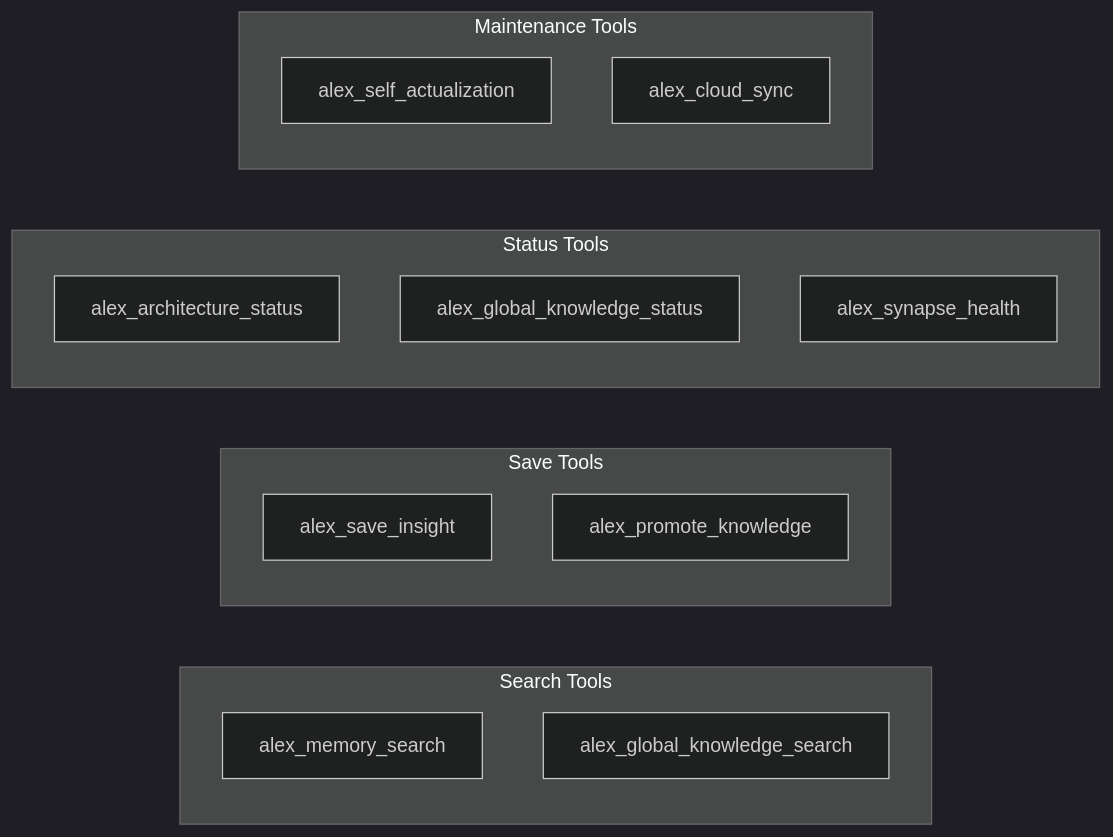
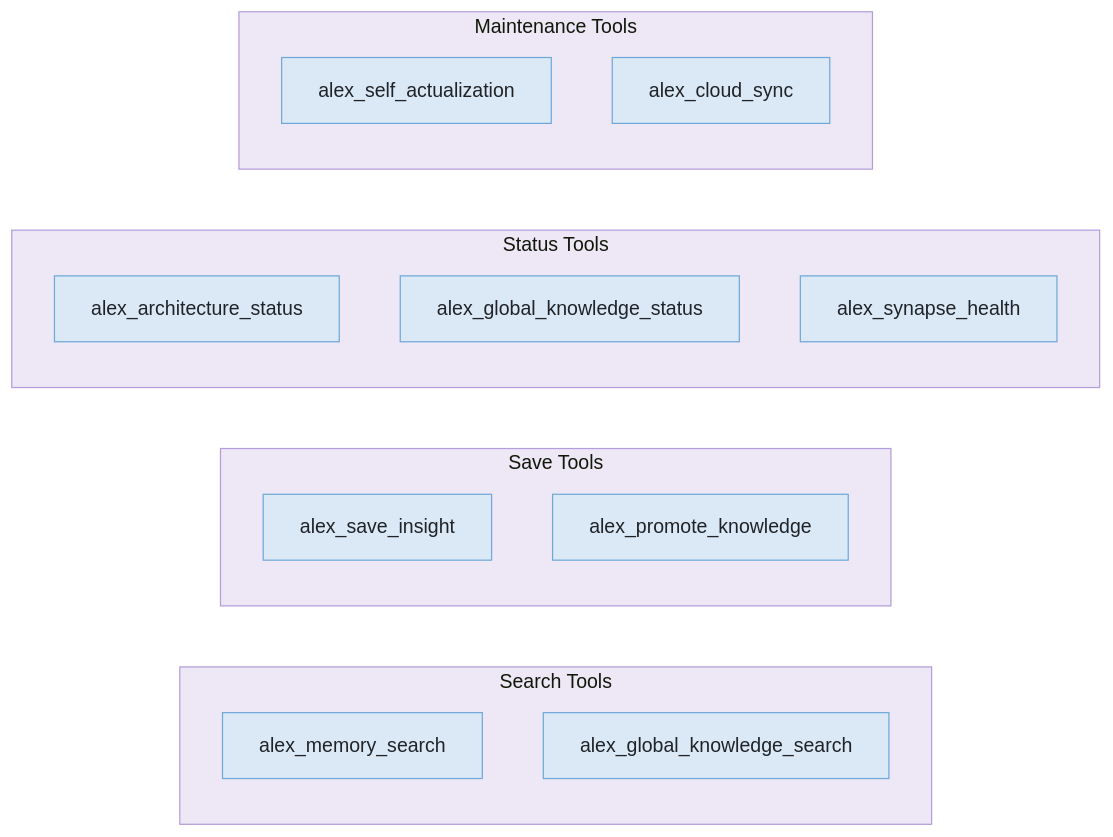
Before and after one commit to fabioc-aloha/Alex_Plug_In: the third of 4 diagrams in alex_docs/architecture/CONSCIOUS-MIND.md, drawn with Mermaid. The commit also changed other lines of this file and 307 other files, not shown here.

````diff
--- a/alex_docs/architecture/CONSCIOUS-MIND.md
+++ b/alex_docs/architecture/CONSCIOUS-MIND.md
@@ -166,24 +166,24 @@
 ```mermaid
-%%{init: {'theme': 'dark', 'themeVariables': {'background': '#0f172a', 'primaryColor': '#1e293b', 'primaryTextColor': '#f1f5f9', 'primaryBorderColor': '#818cf8', 'lineColor': '#475569', 'secondaryColor': '#1e293b', 'secondaryBorderColor': '#2dd4bf', 'tertiaryColor': '#1e293b', 'fontFamily': 'Segoe UI, system-ui, sans-serif'}}}%%
+%%{init: {'theme': 'base', 'themeVariables': {'background': '#f8f9fa', 'primaryColor': '#dbe9f6', 'primaryTextColor': '#1f2328', 'primaryBorderColor': '#6ea8d9', 'lineColor': '#6b7280', 'secondaryColor': '#d1f5ef', 'secondaryBorderColor': '#5ab5a0', 'tertiaryColor': '#ede7f6', 'tertiaryBorderColor': '#b39ddb', 'edgeLabelBackground': '#ffffff', 'fontFamily': 'Segoe UI, system-ui, sans-serif'}}}%%
 graph LR
     subgraph "Search Tools"
         MEM[alex_memory_search]
         GKS[alex_global_knowledge_search]
     end
 
     subgraph "Save Tools"
         SAVE[alex_save_insight]
         PROM[alex_promote_knowledge]
     end
 
     subgraph "Status Tools"
         STAT[alex_architecture_status]
         GKST[alex_global_knowledge_status]
         HLTH[alex_synapse_health]
     end
 
     subgraph "Maintenance Tools"
         SELF[alex_self_actualization]
         CSYNC[alex_cloud_sync]
     end
 ```
````
